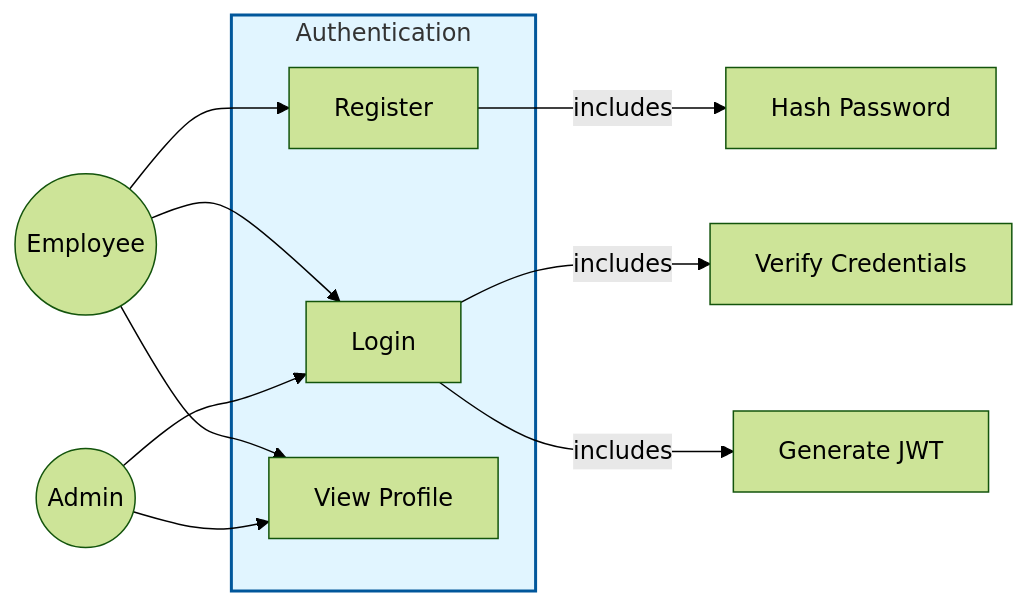
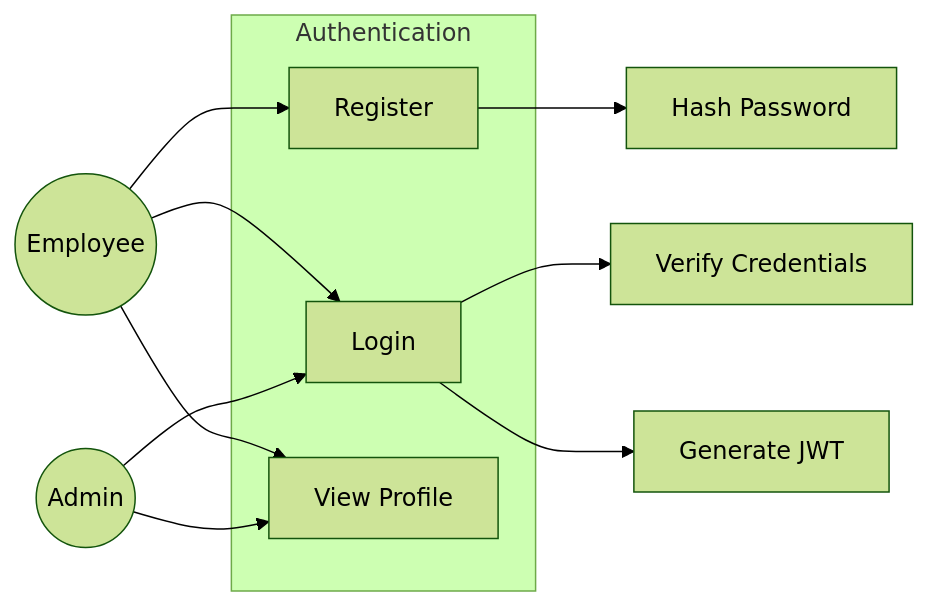
One commit to kshitij2212/attendance-manager changed the second of 6 diagrams in useCaseDiagram.md. Above: the diagram before and after it, drawn with Mermaid (forest theme). The commit also changed other lines of this file, not shown here.

Commit message:
docs: finalize idea.md  and diagrams

````diff
--- a/useCaseDiagram.md
+++ b/useCaseDiagram.md
@@ -100,23 +87,21 @@
 ```mermaid
 graph LR
     Employee((Employee))
     Admin((Admin))
     
     subgraph Auth["Authentication"]
         UC1[Register]
         UC2[Login]
         UC3[View Profile]
     end
     
     Employee --> UC1
     Employee --> UC2
     Employee --> UC3
     Admin --> UC2
     Admin --> UC3
     
-    UC1 -->|includes| Hash[Hash Password]
-    UC2 -->|includes| Verify[Verify Credentials]
-    UC2 -->|includes| JWT[Generate JWT]
-    
-    style Auth fill:#e1f5ff,stroke:#01579b,stroke-width:2px
+    UC1 --> Hash[Hash Password]
+    UC2 --> Verify[Verify Credentials]
+    UC2 --> JWT[Generate JWT]
 ```
````
